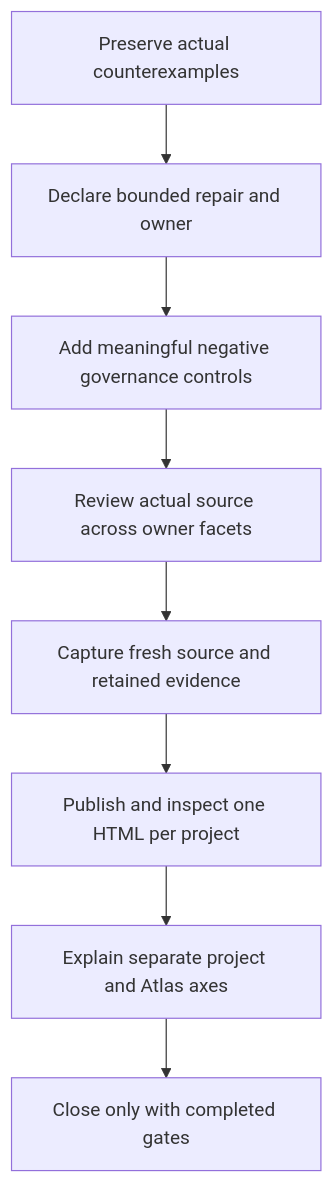
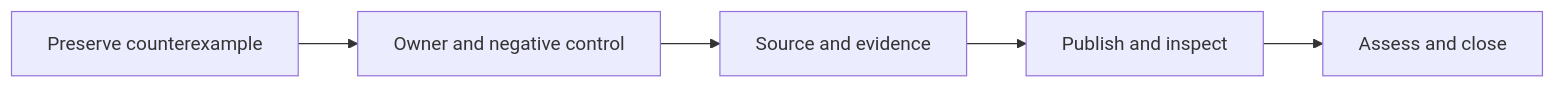
The diagram in docs/feedback/Atlas_Depth_And_Assessment.md (crististefanita/ATF_AI), drawn with Mermaid before and after one commit. The commit also changed other lines of this file and 111 other files, not shown here.

````diff
--- a/docs/feedback/Atlas_Depth_And_Assessment.md
+++ b/docs/feedback/Atlas_Depth_And_Assessment.md
@@ -18,10 +18,7 @@
 ```mermaid
-flowchart TB
-    Reproduce["Preserve actual counterexamples"] --> Contract["Declare bounded repair and owner"]
-    Contract --> Negative["Add meaningful negative governance controls"]
-    Negative --> Review["Review actual source across owner facets"]
-    Review --> Capture["Capture fresh source and retained evidence"]
-    Capture --> Deliver["Publish and inspect one HTML per project"]
-    Deliver --> Assess["Explain separate project and Atlas axes"]
-    Assess --> Close["Close only with completed gates"]
+flowchart LR
+    Reproduce["Preserve counterexample"] --> Repair["Owner and negative control"]
+    Repair --> Inspect["Source and evidence"]
+    Inspect --> Deliver["Publish and inspect"]
+    Deliver --> Close["Assess and close"]
 ```
````
